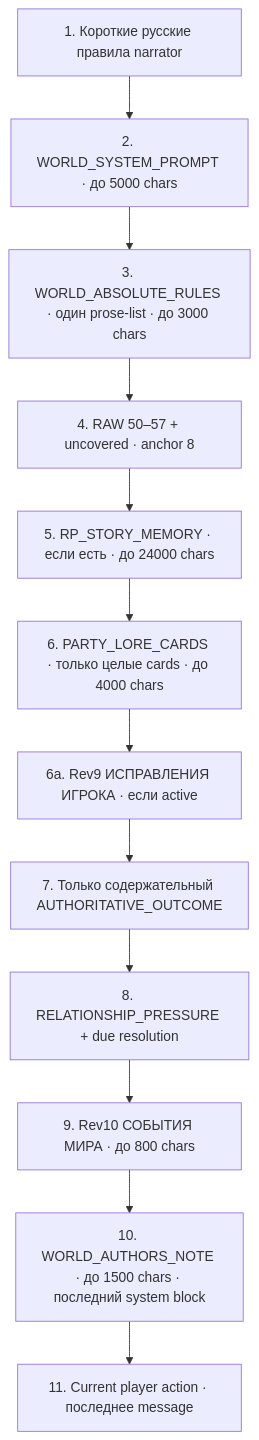
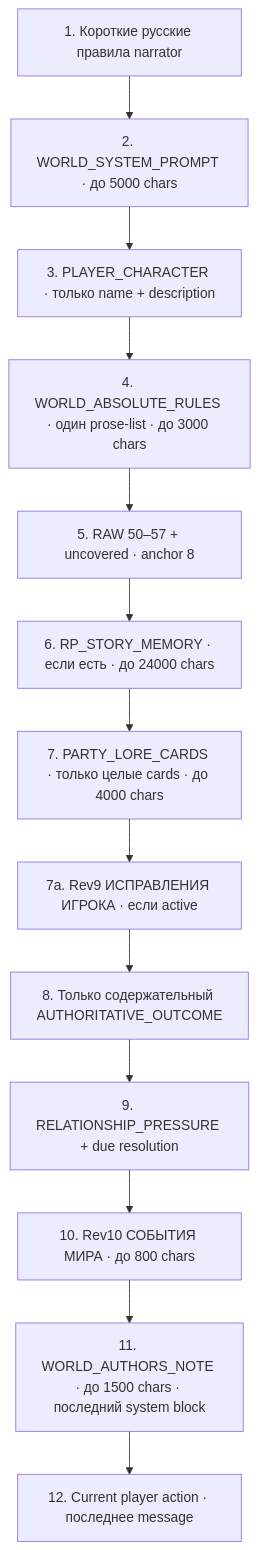
The sixth of 7 diagrams in docs/wiki/05-memory-and-retrieval.md (abykovwww-byte/ubuntu_ansible_palybooks), drawn with Mermaid before and after one commit. The commit also changed other lines of this file and 29 other files, not shown here.

````diff
--- a/docs/wiki/05-memory-and-retrieval.md
+++ b/docs/wiki/05-memory-and-retrieval.md
@@ -299,14 +299,15 @@
 ```mermaid
 flowchart TB
     A["1. Короткие русские правила narrator"] --> B["2. WORLD_SYSTEM_PROMPT · до 5000 chars"]
-    B --> C["3. WORLD_ABSOLUTE_RULES · один prose-list · до 3000 chars"]
-    C --> D["4. RAW 50–57 + uncovered · anchor 8"]
-    D --> E["5. RP_STORY_MEMORY · если есть · до 24000 chars"]
-    E --> F["6. PARTY_LORE_CARDS · только целые cards · до 4000 chars"]
-    F --> C9["6a. Rev9 ИСПРАВЛЕНИЯ ИГРОКА · если active"]
-    C9 --> G["7. Только содержательный AUTHORITATIVE_OUTCOME"]
-    G --> H["8. RELATIONSHIP_PRESSURE + due resolution"]
-    H --> WC["9. Rev10 СОБЫТИЯ МИРА · до 800 chars"]
-    WC --> I["10. WORLD_AUTHORS_NOTE · до 1500 chars · последний system block"]
-    I --> J["11. Current player action · последнее message"]
+    B --> PC["3. PLAYER_CHARACTER · только name + description"]
+    PC --> C["4. WORLD_ABSOLUTE_RULES · один prose-list · до 3000 chars"]
+    C --> D["5. RAW 50–57 + uncovered · anchor 8"]
+    D --> E["6. RP_STORY_MEMORY · если есть · до 24000 chars"]
+    E --> F["7. PARTY_LORE_CARDS · только целые cards · до 4000 chars"]
+    F --> C9["7a. Rev9 ИСПРАВЛЕНИЯ ИГРОКА · если active"]
+    C9 --> G["8. Только содержательный AUTHORITATIVE_OUTCOME"]
+    G --> H["9. RELATIONSHIP_PRESSURE + due resolution"]
+    H --> WC["10. Rev10 СОБЫТИЯ МИРА · до 800 chars"]
+    WC --> I["11. WORLD_AUTHORS_NOTE · до 1500 chars · последний system block"]
+    I --> J["12. Current player action · последнее message"]
 ```
````
